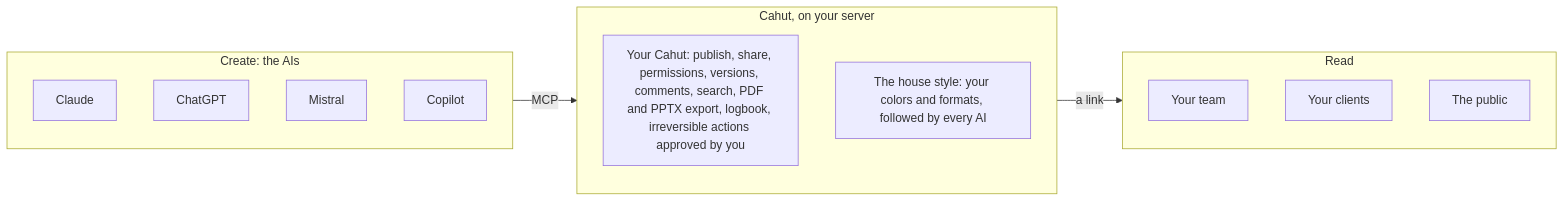
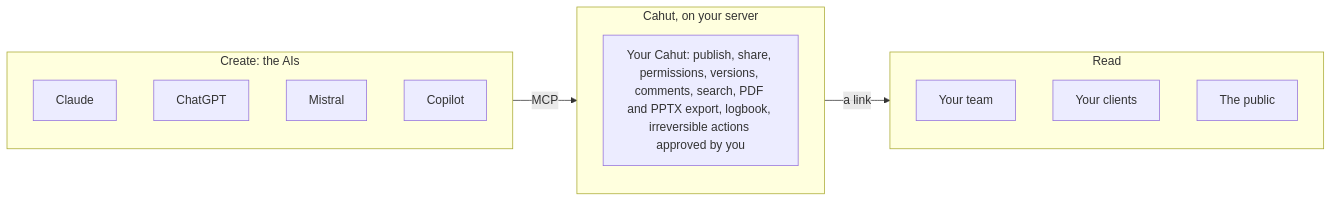
The diagram in README.md (cahutcloud/cahut), drawn with Mermaid before and after one commit. The commit also changed other lines of this file and 125 other files, not shown here.

````diff
--- a/README.md
+++ b/README.md
@@ -68,20 +67,19 @@
 ```mermaid
 flowchart LR
   subgraph AI["Create: the AIs"]
     C[Claude]
     G[ChatGPT]
     M[Mistral]
     P[Copilot]
   end
   subgraph CAHUT["Cahut, on your server"]
     H["Your Cahut: publish, share, permissions, versions, comments, search, PDF and PPTX export, logbook, irreversible actions approved by you"]
-    S["The house style: your colors and formats, followed by every AI"]
   end
   subgraph READ["Read"]
     E[Your team]
     CL[Your clients]
     PU[The public]
   end
   AI -- MCP --> CAHUT
   CAHUT -- a link --> READ
 ```
````
